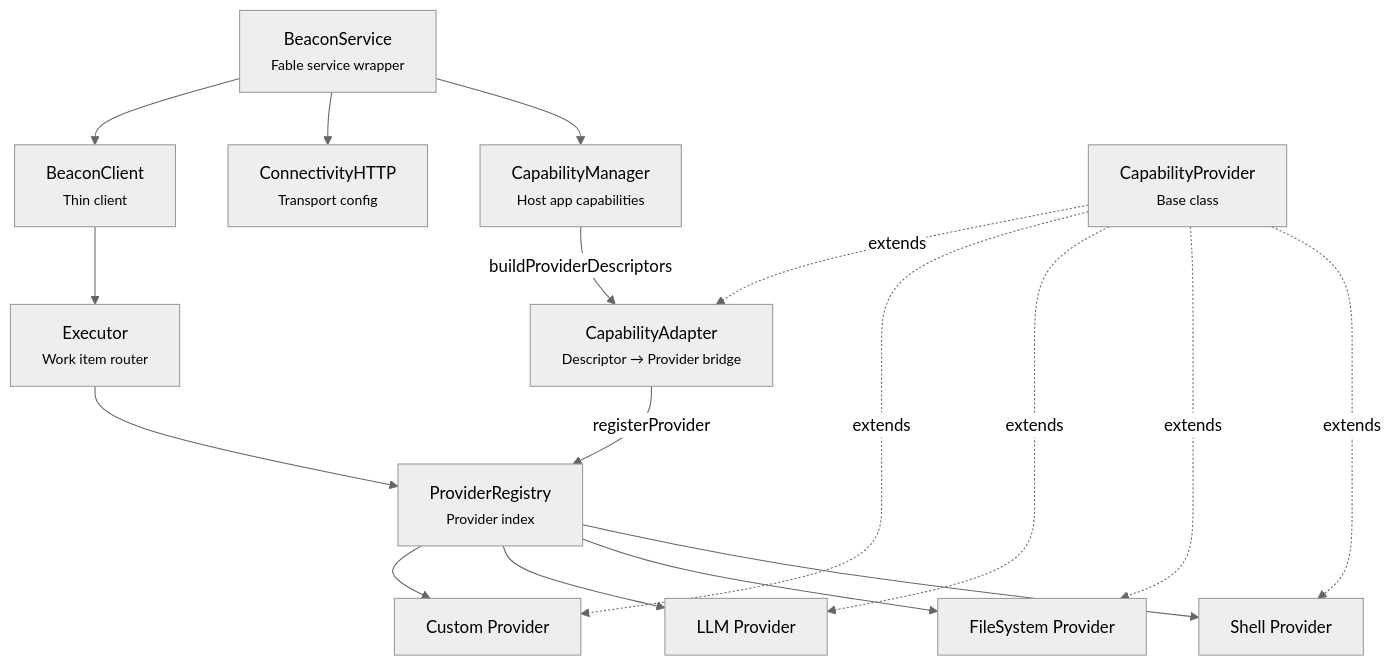
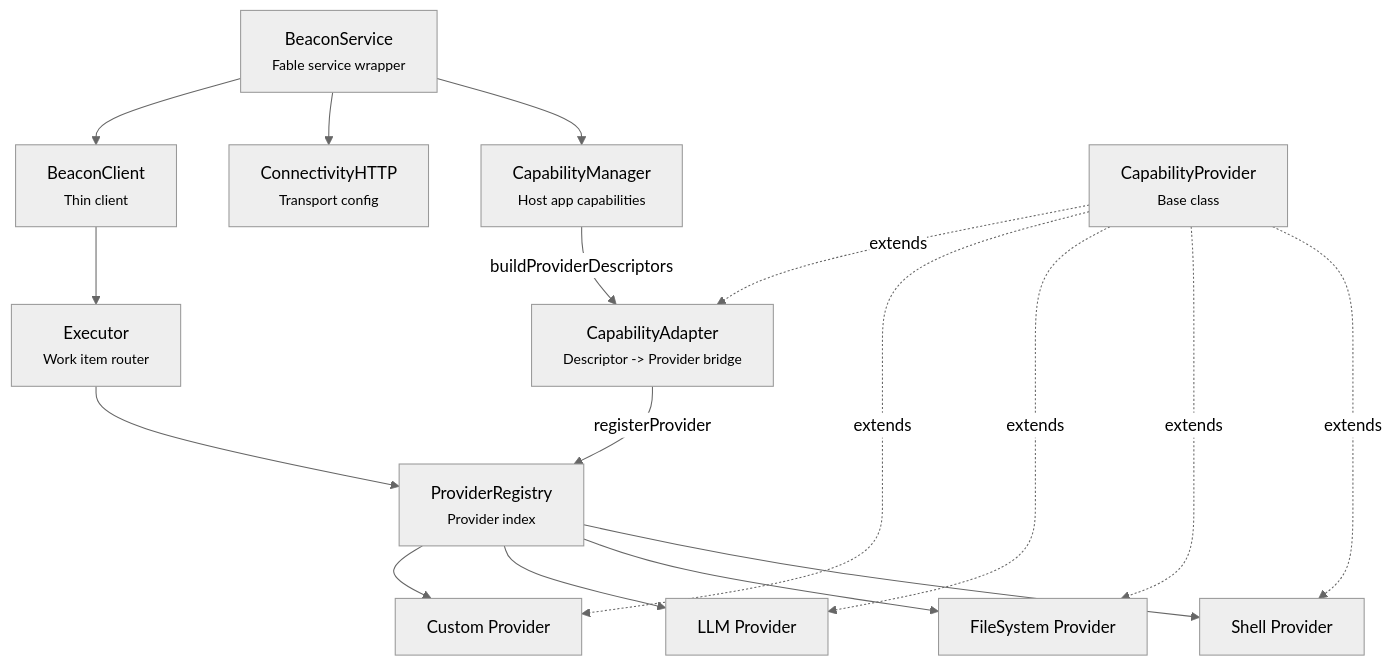
Before and after one commit to stevenvelozo/ultravisor-beacon: the first of 3 diagrams in docs/architecture.md, drawn with Mermaid (neutral theme). The commit also changed other lines of this file and 13 other files, not shown here.

````diff
--- a/docs/architecture.md
+++ b/docs/architecture.md
@@ -7,36 +7,36 @@
 ```mermaid
 graph TD
     BS[BeaconService<br/><small>Fable service wrapper</small>]
     CM[CapabilityManager<br/><small>Host app capabilities</small>]
-    CA[CapabilityAdapter<br/><small>Descriptor → Provider bridge</small>]
+    CA[CapabilityAdapter<br/><small>Descriptor -> Provider bridge</small>]
     CS[ConnectivityHTTP<br/><small>Transport config</small>]
     BC[BeaconClient<br/><small>Thin client</small>]
     EX[Executor<br/><small>Work item router</small>]
     PR[ProviderRegistry<br/><small>Provider index</small>]
     CP[CapabilityProvider<br/><small>Base class</small>]
     SP[Shell Provider]
     FP[FileSystem Provider]
     LP[LLM Provider]
     UP[Custom Provider]
 
     BS --> CM
     BS --> CS
     BS --> BC
 
     CM -->|buildProviderDescriptors| CA
     CA -->|registerProvider| PR
 
     BC --> EX
     EX --> PR
 
     PR --> SP
     PR --> FP
     PR --> LP
     PR --> UP
 
     CP -.->|extends| SP
     CP -.->|extends| FP
     CP -.->|extends| LP
     CP -.->|extends| UP
     CP -.->|extends| CA
 ```
````
